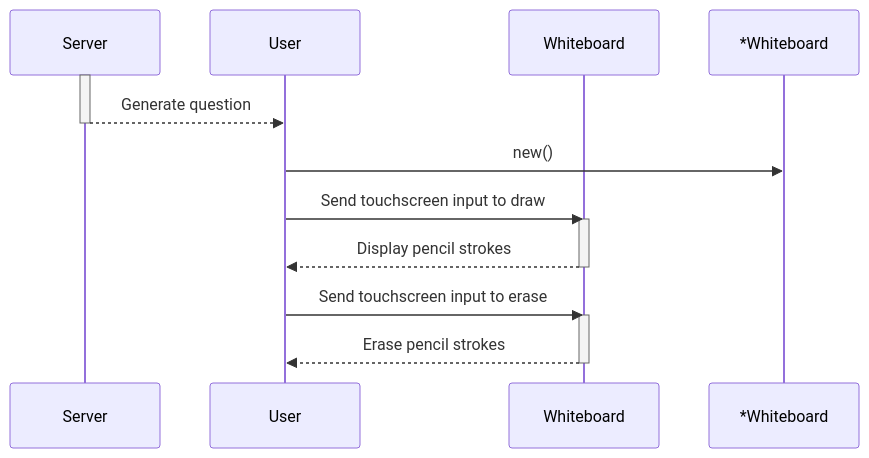
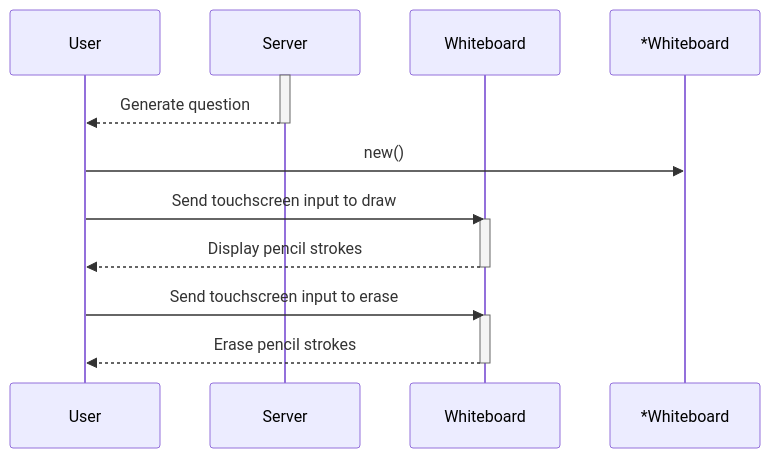
One commit to capstone-projects-2024-fall/project-whiteboardflow changed the second of 8 diagrams in documentation/docs/system-architecture/Sequence Diagrams.md. Above: the diagram before and after it, drawn with Mermaid. The commit also changed other lines of this file, not shown here.

Commit message:
Update Sequence Diagrams.md

````diff
--- a/documentation/docs/system-architecture/Sequence Diagrams.md
+++ b/documentation/docs/system-architecture/Sequence Diagrams.md
@@ -58,27 +58,27 @@
 ```mermaid
 
 sequenceDiagram
 
+participant User
 participant Server
-participant User
 participant Whiteboard
 
 activate Server
 Server-->>User:Generate question
 deactivate Server
 
 User->>*Whiteboard:new()
 User->>Whiteboard:Send touchscreen input to draw
 
 activate Whiteboard
 Whiteboard-->>User:Display pencil strokes
 deactivate Whiteboard
 
 User->>Whiteboard:Send touchscreen input to erase
 
 activate Whiteboard
 Whiteboard-->>User:Erase pencil strokes
 deactivate Whiteboard
 
  
 ```
````
